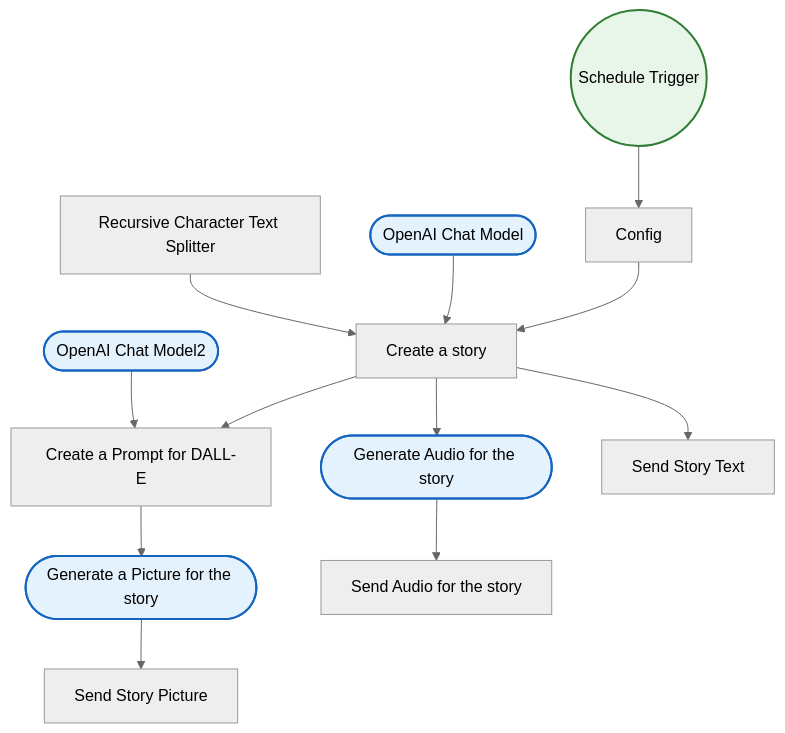
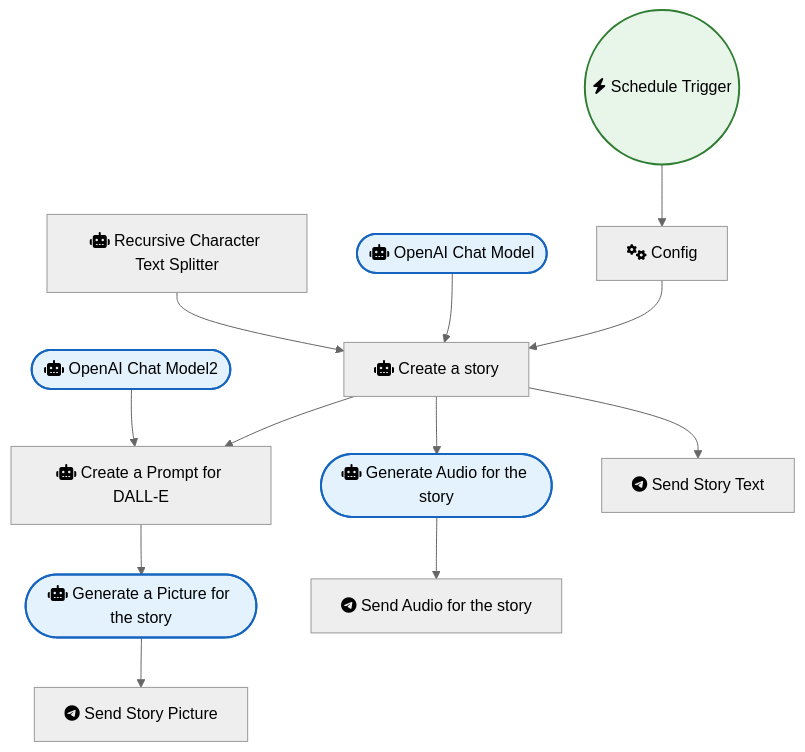
One commit to sreyash3105/N8N-DEMO-AUTOMATIONS changed the diagram in Telegram/Ai-powered Children S English Storytelling on Telegram with Openai.md. Above: the diagram before and after it, drawn with Mermaid (neutral theme). The commit also changed 291 other files, not shown here.

````diff
--- a/Telegram/Ai-powered Children S English Storytelling on Telegram with Openai.md
+++ b/Telegram/Ai-powered Children S English Storytelling on Telegram with Openai.md
@@ -1,31 +1,31 @@
 ```mermaid
 graph TD
     classDef trigger fill:#e8f5e9,stroke:#2e7d32,stroke-width:2px;
     classDef ai fill:#e3f2fd,stroke:#1565c0,stroke-width:2px;
     classDef logic fill:#fff3e0,stroke:#ef6c00,stroke-width:2px;
 
-    OpenAI_Chat_Model(["OpenAI Chat Model"]):::ai
-    Schedule_Trigger(("Schedule Trigger")):::trigger
-    OpenAI_Chat_Model2(["OpenAI Chat Model2"]):::ai
-    Create_a_Prompt_for_DALL_E["Create a Prompt for DALL-E"]
-    Recursive_Character_Text_Splitter["Recursive Character Text Splitter"]
-    Create_a_story["Create a story"]
-    Generate_Audio_for_the_story(["Generate Audio for the story"]):::ai
-    Generate_a_Picture_for_the_story(["Generate a Picture for the story"]):::ai
-    Send_Story_Text["Send Story Text"]
-    Send_Audio_for_the_story["Send Audio for the story"]
-    Send_Story_Picture["Send Story Picture"]
-    Config["Config"]
+    OpenAI_Chat_Model(["fas:fa-robot OpenAI Chat Model"]):::ai
+    Schedule_Trigger(("fas:fa-bolt Schedule Trigger")):::trigger
+    OpenAI_Chat_Model2(["fas:fa-robot OpenAI Chat Model2"]):::ai
+    Create_a_Prompt_for_DALL_E["fas:fa-robot Create a Prompt for DALL-E"]
+    Recursive_Character_Text_Splitter["fas:fa-robot Recursive Character Text Splitter"]
+    Create_a_story["fas:fa-robot Create a story"]
+    Generate_Audio_for_the_story(["fas:fa-robot Generate Audio for the story"]):::ai
+    Generate_a_Picture_for_the_story(["fas:fa-robot Generate a Picture for the story"]):::ai
+    Send_Story_Text["fab:fa-telegram Send Story Text"]
+    Send_Audio_for_the_story["fab:fa-telegram Send Audio for the story"]
+    Send_Story_Picture["fab:fa-telegram Send Story Picture"]
+    Config["fas:fa-cogs Config"]
 
     Config --> Create_a_story
     Create_a_story --> Generate_Audio_for_the_story
     Create_a_story --> Create_a_Prompt_for_DALL_E
     Create_a_story --> Send_Story_Text
     Schedule_Trigger --> Config
     OpenAI_Chat_Model --> Create_a_story
     OpenAI_Chat_Model2 --> Create_a_Prompt_for_DALL_E
     Create_a_Prompt_for_DALL_E --> Generate_a_Picture_for_the_story
     Generate_Audio_for_the_story --> Send_Audio_for_the_story
     Generate_a_Picture_for_the_story --> Send_Story_Picture
     Recursive_Character_Text_Splitter --> Create_a_story
 ```
````
